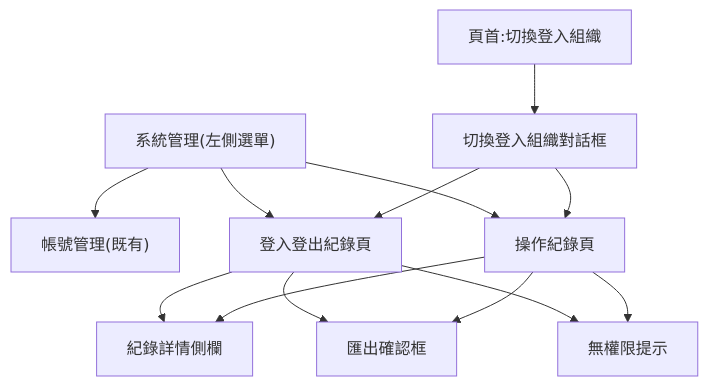
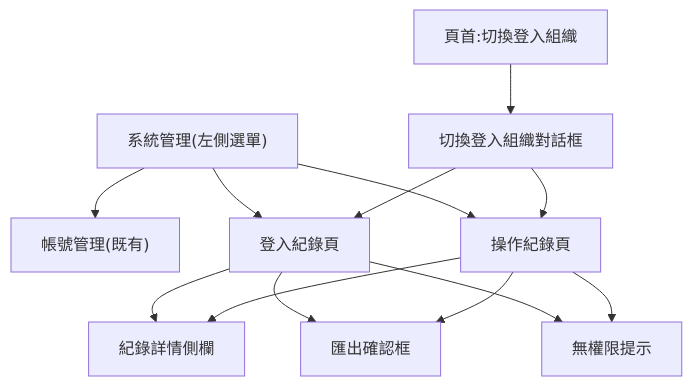
The diagram in DesignSpecs/SYS01_樹碳集/M07_系統維運/F01_稽核紀錄/F01_L2_Routing.md (rossi7966-ai/treetreelook-sa), drawn with Mermaid before and after one commit. The commit also changed other lines of this file and 12 other files, not shown here.

````diff
--- a/DesignSpecs/SYS01_樹碳集/M07_系統維運/F01_稽核紀錄/F01_L2_Routing.md
+++ b/DesignSpecs/SYS01_樹碳集/M07_系統維運/F01_稽核紀錄/F01_L2_Routing.md
@@ -10,15 +10,15 @@
 ```mermaid
 flowchart TD
   Nav["系統管理(左側選單)"] --> AcctPage["帳號管理(既有)"]
-  Nav --> LoginLog["登入登出紀錄頁"]
+  Nav --> LoginLog["登入紀錄頁"]
   Nav --> OpsLog["操作紀錄頁"]
   LoginLog --> Detail["紀錄詳情側欄"]
   OpsLog --> Detail
   LoginLog --> ExportDlg["匯出確認框"]
   OpsLog --> ExportDlg
   LoginLog --> Deny["無權限提示"]
   OpsLog --> Deny
   Header["頁首:切換登入組織"] --> SwitchDlg["切換登入組織對話框"]
   SwitchDlg --> LoginLog
   SwitchDlg --> OpsLog
 ```
````
